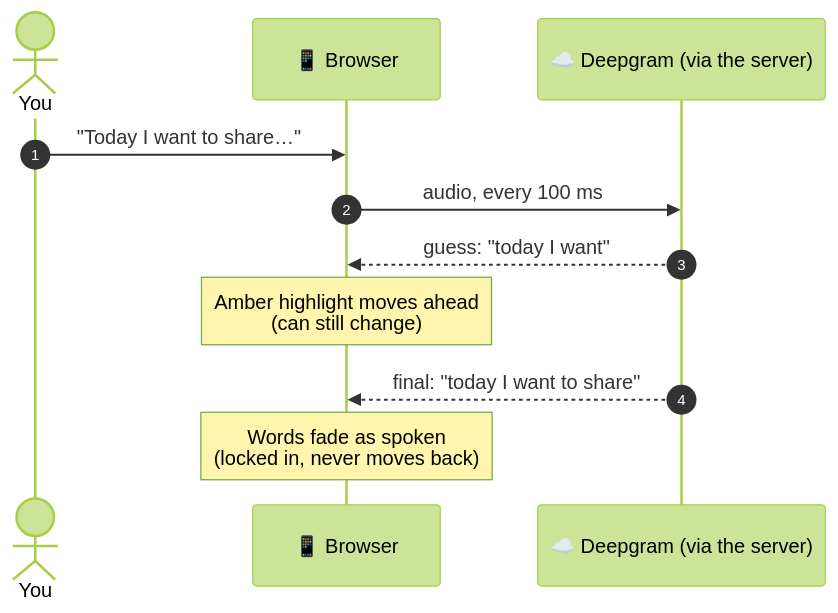
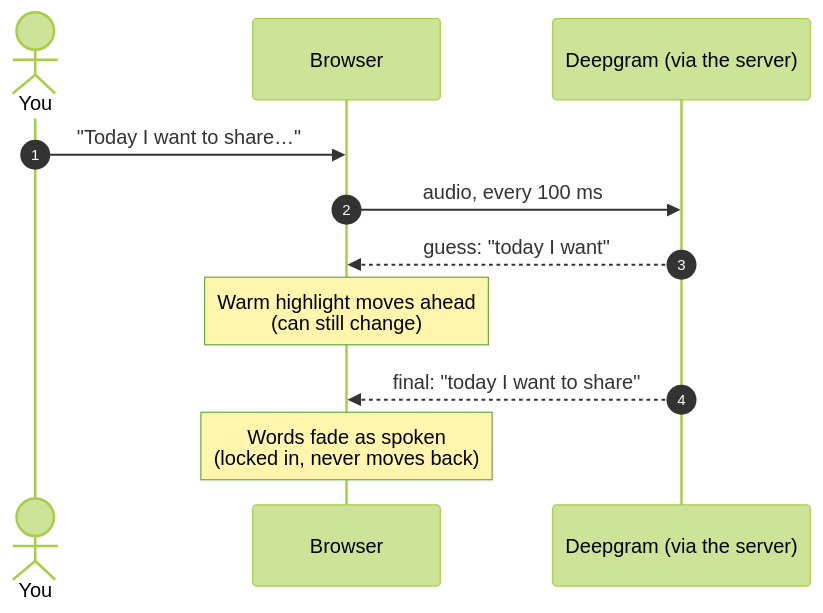
Before and after one commit to rimorin/tk_teleprompter: the third of 4 diagrams in README.md, drawn with Mermaid (forest theme). The commit also changed other lines of this file and 22 other files, not shown here.

````diff
--- a/README.md
+++ b/README.md
@@ -331,14 +308,14 @@
 ```mermaid
 sequenceDiagram
     autonumber
     actor You
-    participant App as 📱 Browser
-    participant DG as ☁️ Deepgram (via the server)
+    participant App as Browser
+    participant DG as Deepgram (via the server)
 
     You->>App: "Today I want to share…"
     App->>DG: audio, every 100 ms
     DG-->>App: guess: "today I want"
-    Note over App: Amber highlight moves ahead<br/>(can still change)
+    Note over App: Warm highlight moves ahead<br/>(can still change)
     DG-->>App: final: "today I want to share"
     Note over App: Words fade as spoken<br/>(locked in, never moves back)
 ```
````
